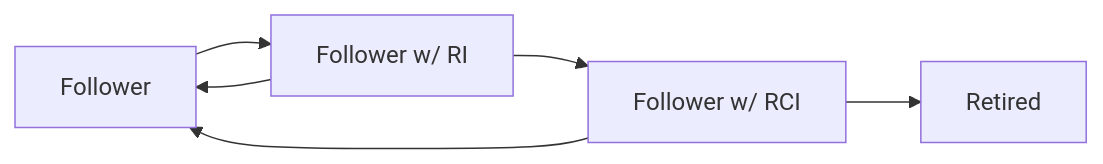
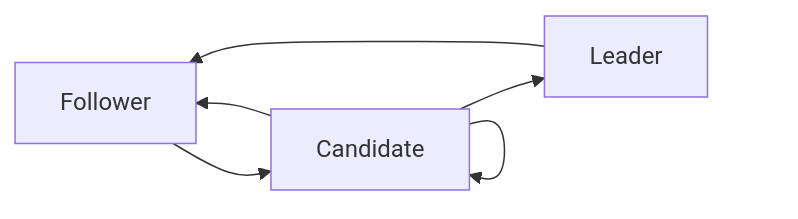
Before and after one commit to microsoft/CCF: the second of 2 diagrams in doc/overview/consensus/index.rst, drawn with Mermaid. The commit also changed other lines of this file and 3 other files, not shown here.

```diff
--- a/doc/overview/consensus/index.rst
+++ b/doc/overview/consensus/index.rst
@@ -58,8 +59,8 @@
 .. mermaid::
 
-    graph LR;
-        Follower-->FRI[Follower w/ RI];
-        FRI-->Follower;
-        FRI-->FRCI[Follower w/ RCI];
-        FRCI-->Follower;
-        FRCI-->Retired;
+    graph LR;                        
+        Follower-->Candidate;
+        Candidate-->Follower;
+        Candidate-->Leader;
+        Candidate-->Candidate;
+        Leader-->Follower;
```
